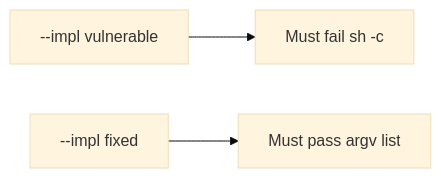
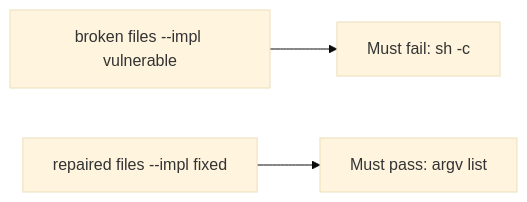
One commit to ishitvagoel/LearnSecurity changed the diagram in content/modules/6/6.1/lessons/05-verify.md. Above: the diagram before and after it, drawn with Mermaid (base theme). The commit also changed other lines of this file and 55 other files, not shown here.

````diff
--- a/content/modules/6/6.1/lessons/05-verify.md
+++ b/content/modules/6/6.1/lessons/05-verify.md
@@ -15,5 +14,5 @@
 ```mermaid
 flowchart LR
-  V["--impl vulnerable"] --> F["Must fail sh -c"]
-  X["--impl fixed"] --> P["Must pass argv list"]
+  V["broken files --impl vulnerable"] --> F[Must fail: sh -c]
+  X["repaired files --impl fixed"] --> P[Must pass: argv list]
 ```
````
